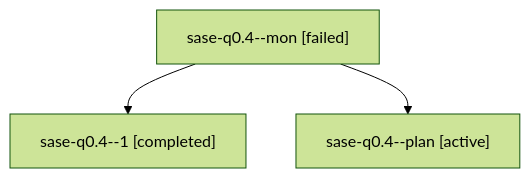
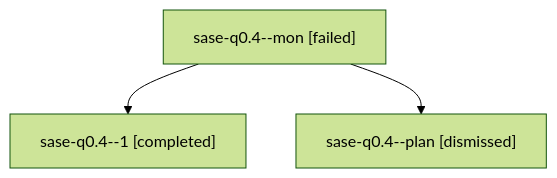
One commit to sase-org/sase--agents changed the diagram in sessions/bbugyi200.athena.sase-q0.4.md. Above: the diagram before and after it, drawn with Mermaid (forest theme). The commit also changed other lines of this file and 58 other files, not shown here.

````diff
--- a/sessions/bbugyi200.athena.sase-q0.4.md
+++ b/sessions/bbugyi200.athena.sase-q0.4.md
@@ -9,8 +9,8 @@
 ```mermaid
 flowchart TD
   n0["sase-q0.4--mon [failed]"]
   n1["sase-q0.4--1 [completed]"]
   n0 --> n1
-  n2["sase-q0.4--plan [active]"]
+  n2["sase-q0.4--plan [dismissed]"]
   n0 --> n2
 ```
````
